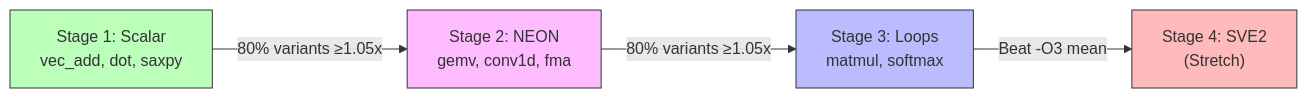
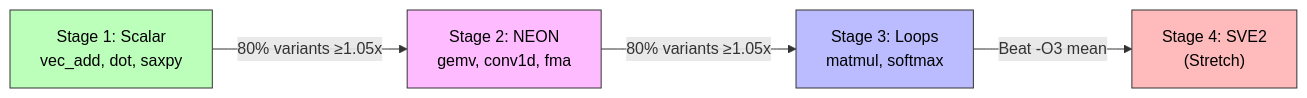
Before and after one commit to ka-ori/arm-gym: the third of 3 diagrams in README.md, drawn with Mermaid. The commit also changed other lines of this file, not shown here.

Commit message:
fix: add dark text color to Mermaid diagram nodes for contrast

````diff
--- a/README.md
+++ b/README.md
@@ -66,11 +66,11 @@
 ```mermaid
 flowchart LR
     S1["Stage 1: Scalar<br/>vec_add, dot, saxpy"] -->|"80% variants ≥1.05x"| S2["Stage 2: NEON<br/>gemv, conv1d, fma"]
     S2 -->|"80% variants ≥1.05x"| S3["Stage 3: Loops<br/>matmul, softmax"]
     S3 -->|"Beat -O3 mean"| S4["Stage 4: SVE2<br/>(Stretch)"]
 
-    style S1 fill:#bfb,stroke:#333
-    style S2 fill:#fbf,stroke:#333
-    style S3 fill:#bbf,stroke:#333
-    style S4 fill:#fbb,stroke:#333
+    style S1 fill:#bfb,stroke:#333,color:#000
+    style S2 fill:#fbf,stroke:#333,color:#000
+    style S3 fill:#bbf,stroke:#333,color:#000
+    style S4 fill:#fbb,stroke:#333,color:#000
 ```
````
